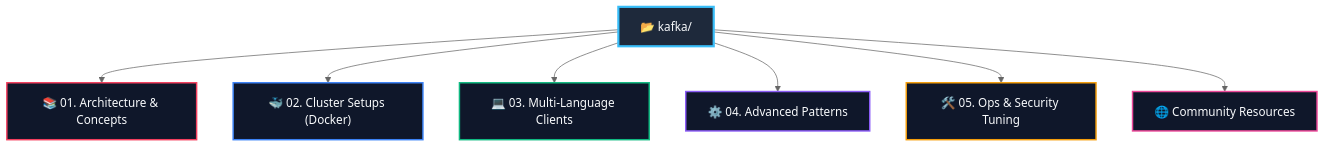
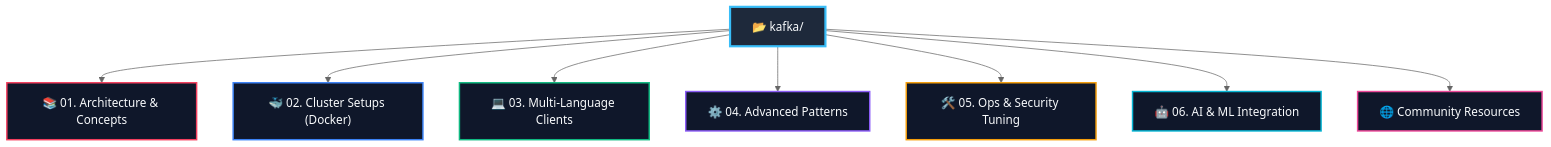
Before and after one commit to nbajpai-code/kafka: the diagram in README.md, drawn with Mermaid (neutral theme). The commit also changed other lines of this file and 6 other files, not shown here.

````diff
--- a/README.md
+++ b/README.md
@@ -11,17 +11,19 @@
 ```mermaid
 graph TD
     A["📂 kafka/"] --> B["📚 01. Architecture & Concepts"]
     A --> C["🐳 02. Cluster Setups (Docker)"]
     A --> D["💻 03. Multi-Language Clients"]
     A --> E["⚙️ 04. Advanced Patterns"]
     A --> F["🛠️ 05. Ops & Security Tuning"]
+    A --> H["🤖 06. AI & ML Integration"]
     A --> G["🌐 Community Resources"]
 
     style A fill:#1E293B,stroke:#38BDF8,stroke-width:3px,color:#F8FAFC
     style B fill:#0F172A,stroke:#F43F5E,stroke-width:2px,color:#F8FAFC
     style C fill:#0F172A,stroke:#3B82F6,stroke-width:2px,color:#F8FAFC
     style D fill:#0F172A,stroke:#10B981,stroke-width:2px,color:#F8FAFC
     style E fill:#0F172A,stroke:#8B5CF6,stroke-width:2px,color:#F8FAFC
     style F fill:#0F172A,stroke:#F59E0B,stroke-width:2px,color:#F8FAFC
     style G fill:#0F172A,stroke:#EC4899,stroke-width:2px,color:#F8FAFC
+    style H fill:#0F172A,stroke:#06B6D4,stroke-width:2px,color:#F8FAFC
 ```
````
